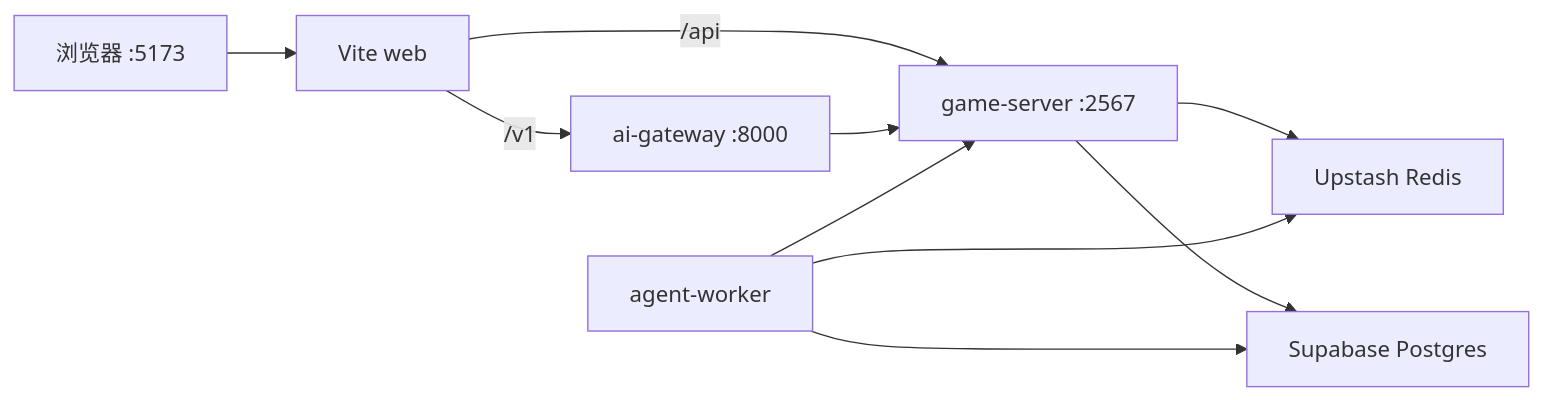
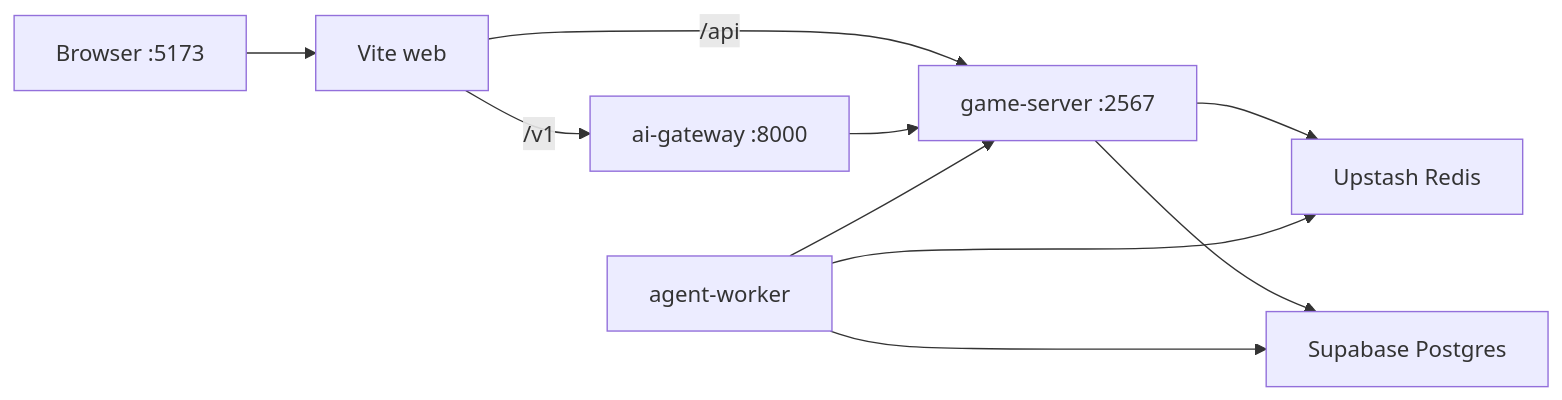
The diagram in README.md (moyunzero/AetherLife), drawn with Mermaid before and after one commit. The commit also changed other lines of this file and 90 other files, not shown here.

````diff
--- a/README.md
+++ b/README.md
@@ -66,12 +121,12 @@
 ```mermaid
 flowchart LR
-  Browser["浏览器 :5173"] --> Web["Vite web"]
+  Browser["Browser :5173"] --> Web["Vite web"]
   Web -->|"/api"| GS["game-server :2567"]
   Web -->|"/v1"| GW["ai-gateway :8000"]
   GW --> GS
   GS --> Redis["Upstash Redis"]
   Worker["agent-worker"] --> Redis
   Worker --> GS
   GS --> PG["Supabase Postgres"]
   Worker --> PG
 ```
````
